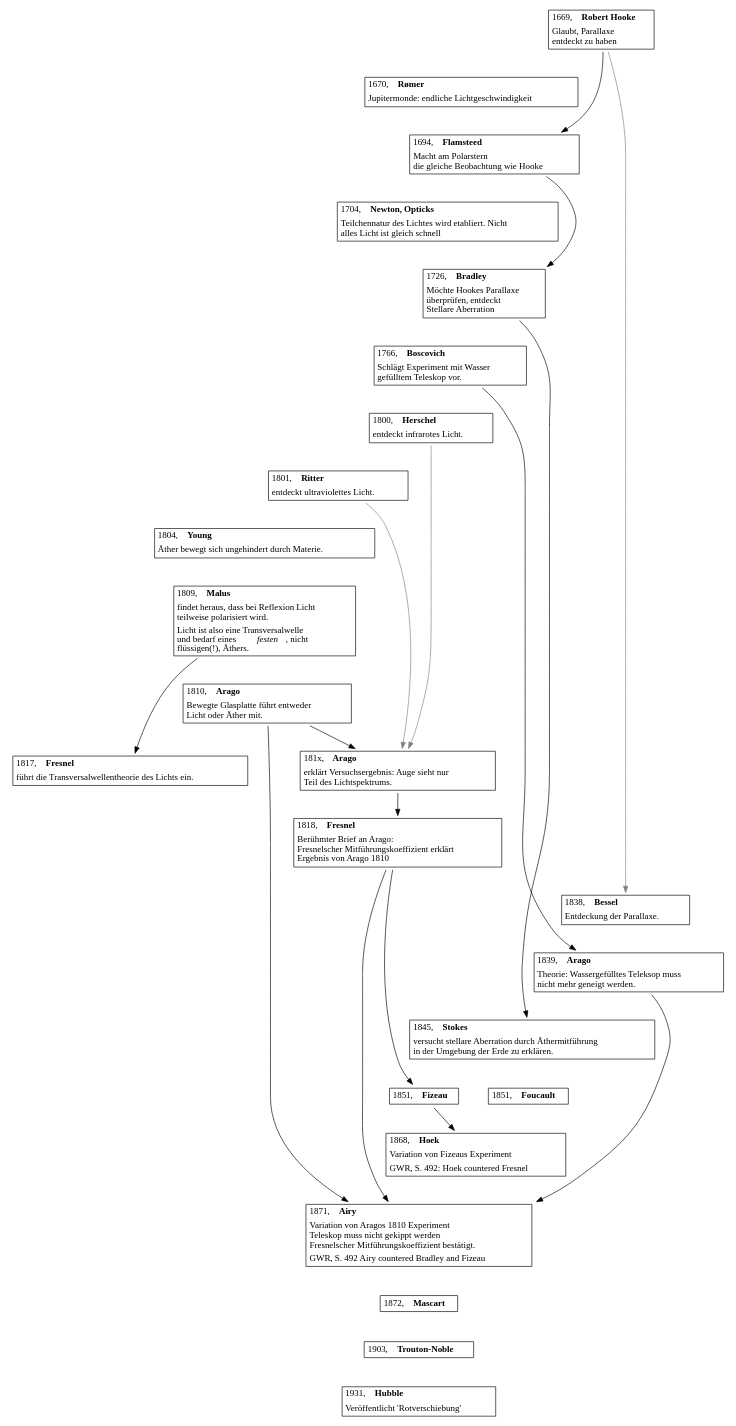
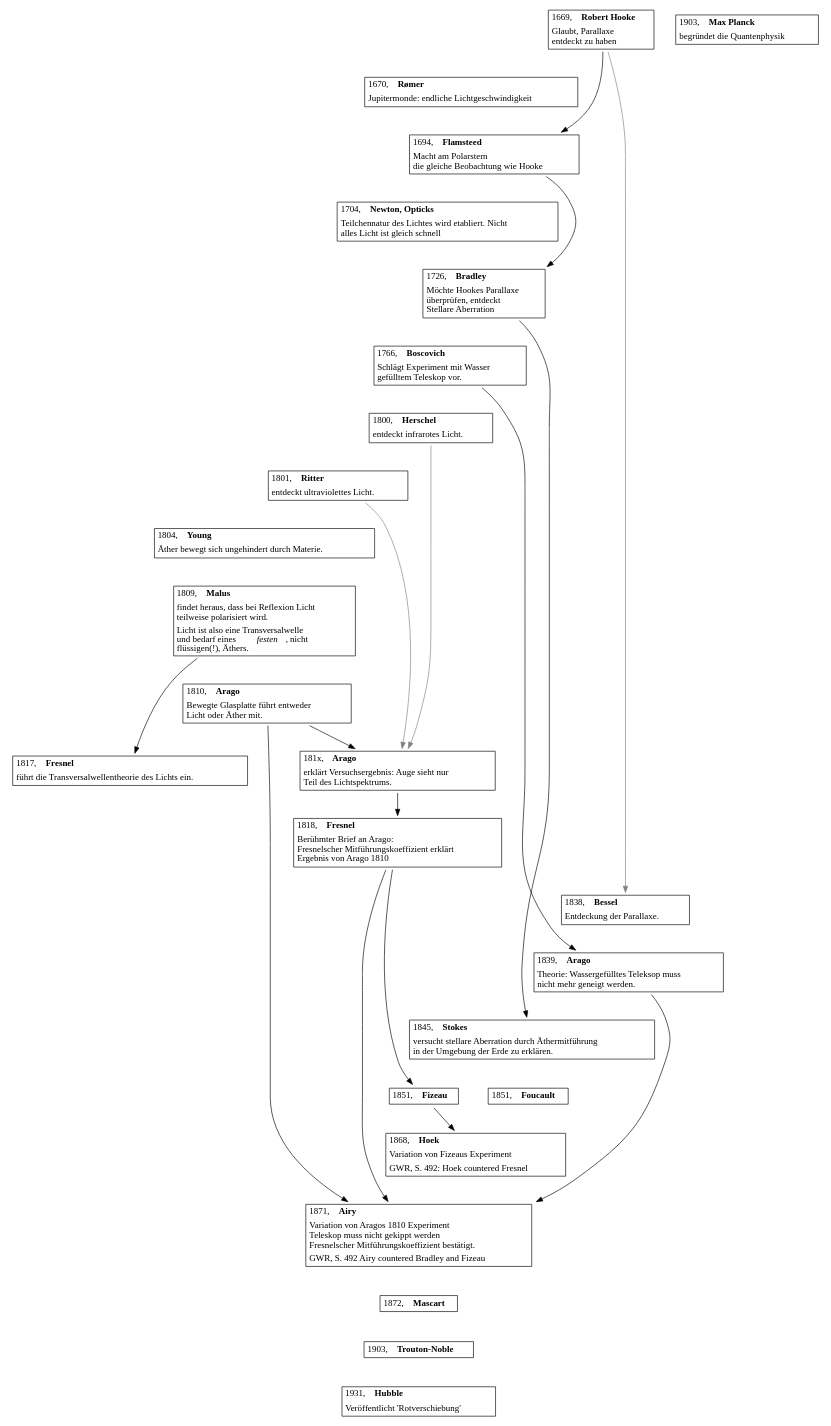
The diagram in Ablauf.dot (ReneNyffenegger/Geschichte-der-Wissenschaft), drawn with Graphviz before and after one commit.

```diff
--- a/Ablauf.dot
+++ b/Ablauf.dot
@@ -208,6 +208,15 @@
      >
    ];
 
+   j_1900_Planck [
+     label = <
+       <table border="1" cellborder="0">
+       <tr><td align="left">1903, <b>Max Planck</b></td></tr>
+       <tr><td align="left">begründet die Quantenphysik</td></tr>
+       </table>
+     >
+   ];
+
    j_1903_Trouton_Noble [
      label = <
        <table border="1" cellborder="0">
```
